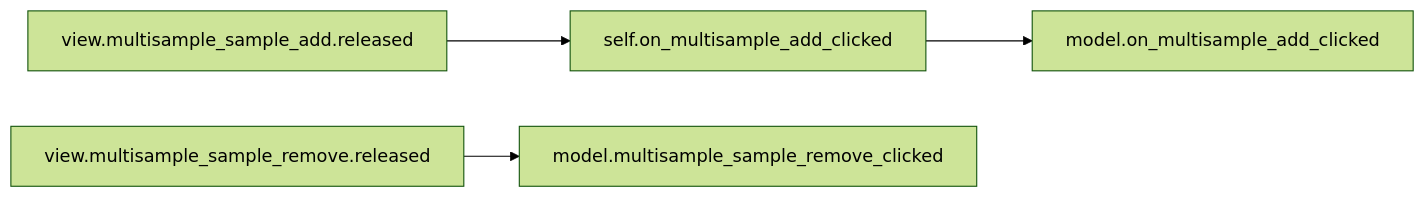
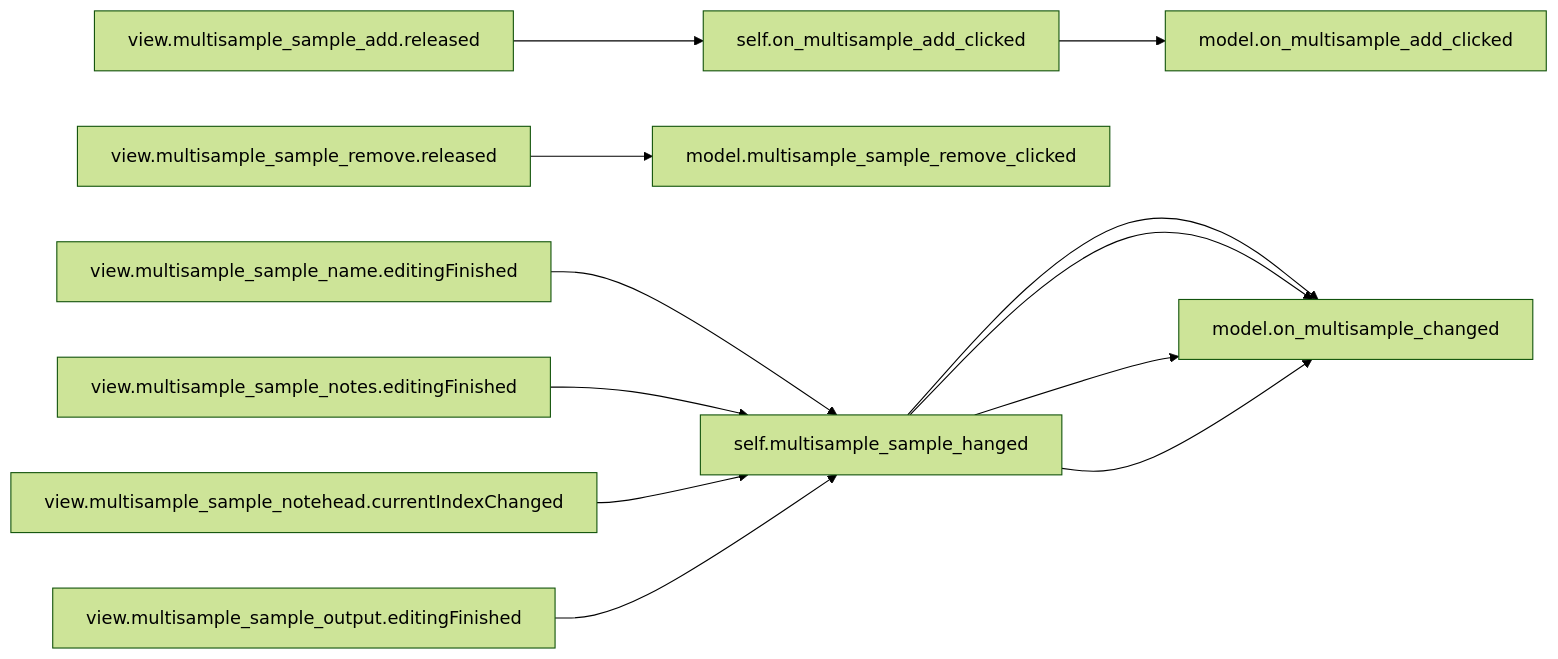
The eighth of 10 diagrams in doc/source/dashboard_signal_slot_map.rst (com-posers-pit/smw_music), drawn with Mermaid (forest theme) before and after one commit. The commit also changed 2 other files, not shown here.

Commit message:
Add multisample setting updating
Now playing:
Gott muss ein Seemann sein by Santiano

```diff
--- a/doc/source/dashboard_signal_slot_map.rst
+++ b/doc/source/dashboard_signal_slot_map.rst
@@ -191,5 +191,9 @@
 .. mermaid::
 
    flowchart LR
       view.multisample_sample_add.released --> self.on_multisample_add_clicked --> model.on_multisample_add_clicked
       view.multisample_sample_remove.released --> model.multisample_sample_remove_clicked
+      view.multisample_sample_name.editingFinished --> self.multisample_sample_hanged --> model.on_multisample_changed
+      view.multisample_sample_notes.editingFinished --> self.multisample_sample_hanged --> model.on_multisample_changed
+      view.multisample_sample_notehead.currentIndexChanged --> self.multisample_sample_hanged --> model.on_multisample_changed
+      view.multisample_sample_output.editingFinished --> self.multisample_sample_hanged --> model.on_multisample_changed
```
